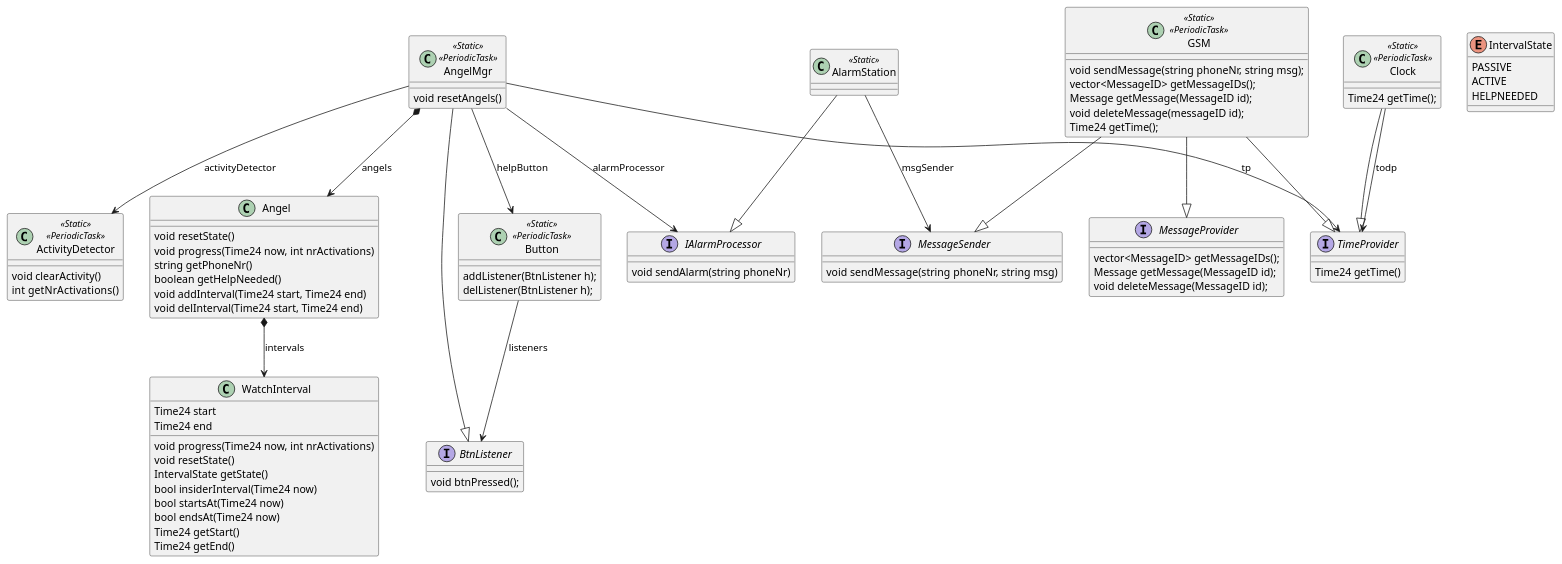
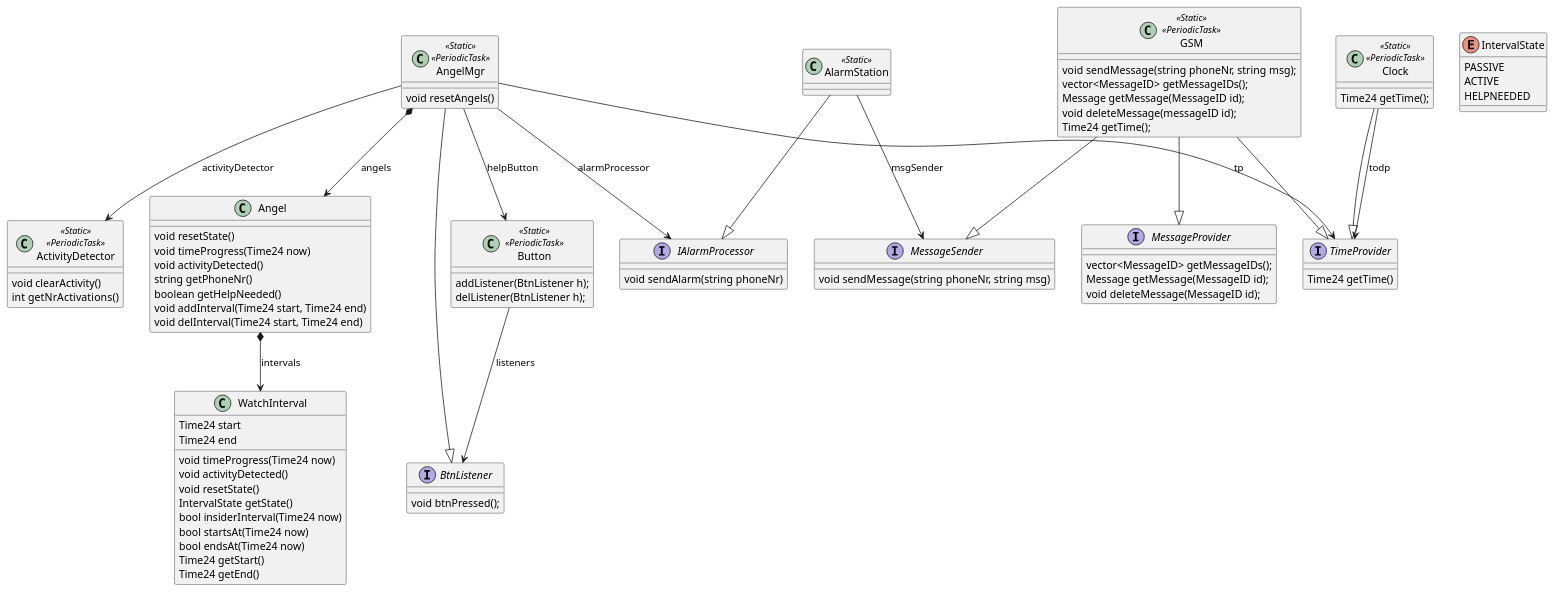
One commit to wilbert-alberts/GuardianAngel changed the diagram in GA-esp32/doc/GT2.plantuml. Above: the diagram before and after it, drawn with PlantUML. The commit also changed 13 other files, not shown here.

```diff
--- a/GA-esp32/doc/GT2.plantuml
+++ b/GA-esp32/doc/GT2.plantuml
@@ -1,104 +1,106 @@
 @startuml
 
 class AngelMgr <<Static>> <<PeriodicTask>> {
 	void resetAngels()
 	
 }
 
 class Angel {
 	void resetState()
-	void progress(Time24 now, int nrActivations)
+	void timeProgress(Time24 now)
+	void activityDetected()
 	string getPhoneNr()
 	boolean getHelpNeeded()	
 	void addInterval(Time24 start, Time24 end)
 	void delInterval(Time24 start, Time24 end)
 }
 
 enum IntervalState {
 	PASSIVE
 	ACTIVE
 	HELPNEEDED
 }
 
 class WatchInterval {
-	void progress(Time24 now, int nrActivations)
+	void timeProgress(Time24 now)
+	void activityDetected()
 	void resetState()
 	IntervalState getState()
 	bool insiderInterval(Time24 now)
 	bool startsAt(Time24 now)
 	bool endsAt(Time24 now)
 	Time24 getStart()
 	Time24 getEnd()
 	Time24 start
 	Time24 end
 }
 
 interface IAlarmProcessor {
 	void sendAlarm(string phoneNr)
 }
 
 class AlarmStation <<Static>>
 
 AlarmStation --|> IAlarmProcessor
 AlarmStation --> MessageSender: msgSender
 
 AngelMgr *--> Angel: angels
 AngelMgr -->ActivityDetector: activityDetector
 AngelMgr -->Button: helpButton
 AngelMgr -->TimeProvider: tp
 Angel *--> WatchInterval: intervals
 AngelMgr --> IAlarmProcessor: alarmProcessor
 
 class GSM <<Static>> <<PeriodicTask>>{
 	void sendMessage(string phoneNr, string msg);
 	vector<MessageID> getMessageIDs();
 	Message getMessage(MessageID id);
 	void deleteMessage(messageID id);
 	Time24 getTime();	
 }
 
 class Clock <<Static>> <<PeriodicTask>>{
 	Time24 getTime();
 }
 
 Clock --> TimeProvider: todp
 Clock --|> TimeProvider
 
 class ActivityDetector <<Static>> <<PeriodicTask>>{
 	void clearActivity()
 	int  getNrActivations()
 }
 
 class Button <<Static>> <<PeriodicTask>>{
 	addListener(BtnListener h);
 	delListener(BtnListener h);	
 }
 
 interface BtnListener {
 	void btnPressed();
 }
 
 Button --> BtnListener: listeners
 AngelMgr --|> BtnListener
 
 
 
 interface TimeProvider {
 	Time24 getTime()
 }
 
 interface MessageProvider {
 vector<MessageID> getMessageIDs();
 Message getMessage(MessageID id);
 void deleteMessage(MessageID id);
 }
 
 interface MessageSender {
 	void sendMessage(string phoneNr, string msg)
 }
 
 GSM --|> TimeProvider
 GSM --|> MessageSender
 GSM --|> MessageProvider
 
 @enduml
```
